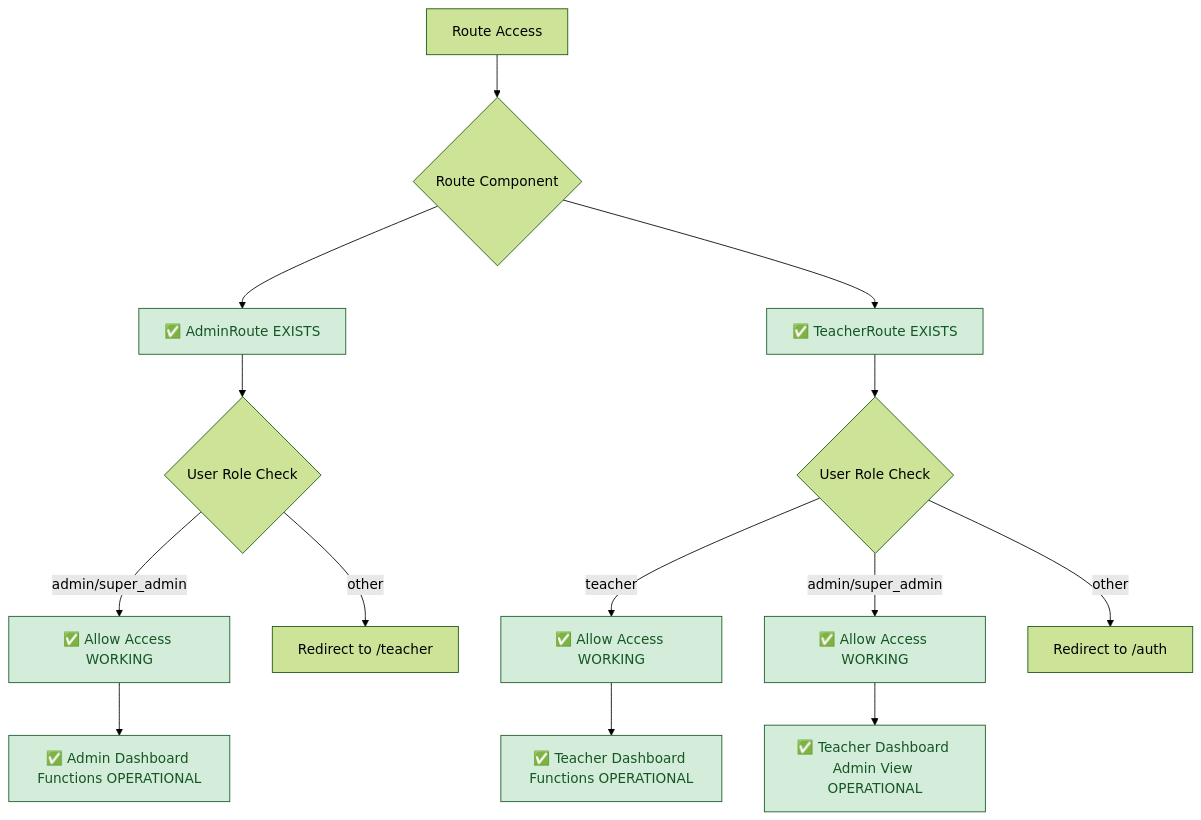
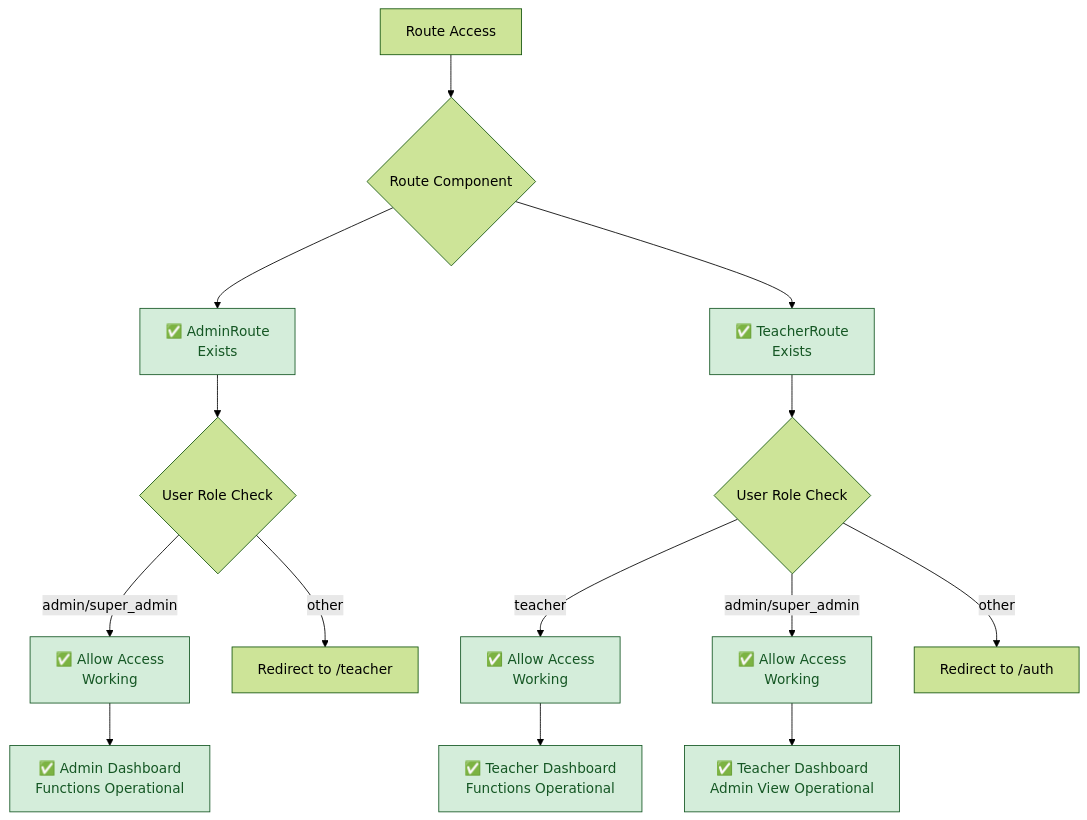
The second of 4 diagrams in docs/flowcharts/Current-State/01-current-authentication-complete.md (Splurfa/bx-os), drawn with Mermaid (forest theme) before and after one commit. The commit also changed other lines of this file and 11 other files, not shown here.

Commit message:
Fix flowchart text wrapping

````diff
--- a/docs/flowcharts/Current-State/01-current-authentication-complete.md
+++ b/docs/flowcharts/Current-State/01-current-authentication-complete.md
@@ -38,23 +38,23 @@
 ```mermaid
 flowchart TD
     A[Route Access] --> B{Route Component}
-    B --> C[✅ AdminRoute EXISTS]
-    B --> D[✅ TeacherRoute EXISTS]
+    B --> C[✅ AdminRoute<br/>Exists]
+    B --> D[✅ TeacherRoute<br/>Exists]
     
     C --> E{User Role Check}
-    E -->|admin/super_admin| F[✅ Allow Access WORKING]
+    E -->|admin/super_admin| F[✅ Allow Access<br/>Working]
     E -->|other| G[Redirect to /teacher]
     
     D --> H{User Role Check}
-    H -->|teacher| I[✅ Allow Access WORKING]
-    H -->|admin/super_admin| J[✅ Allow Access WORKING]
+    H -->|teacher| I[✅ Allow Access<br/>Working]
+    H -->|admin/super_admin| J[✅ Allow Access<br/>Working]
     H -->|other| K[Redirect to /auth]
     
-    F --> L[✅ Admin Dashboard Functions OPERATIONAL]
-    I --> M[✅ Teacher Dashboard Functions OPERATIONAL]
-    J --> N[✅ Teacher Dashboard Admin View OPERATIONAL]
+    F --> L[✅ Admin Dashboard<br/>Functions Operational]
+    I --> M[✅ Teacher Dashboard<br/>Functions Operational]
+    J --> N[✅ Teacher Dashboard<br/>Admin View Operational]
     
     classDef working fill:#d4edda,stroke:#155724,color:#155724
     
     class C,D,F,I,J,L,M,N working
 ```
````
